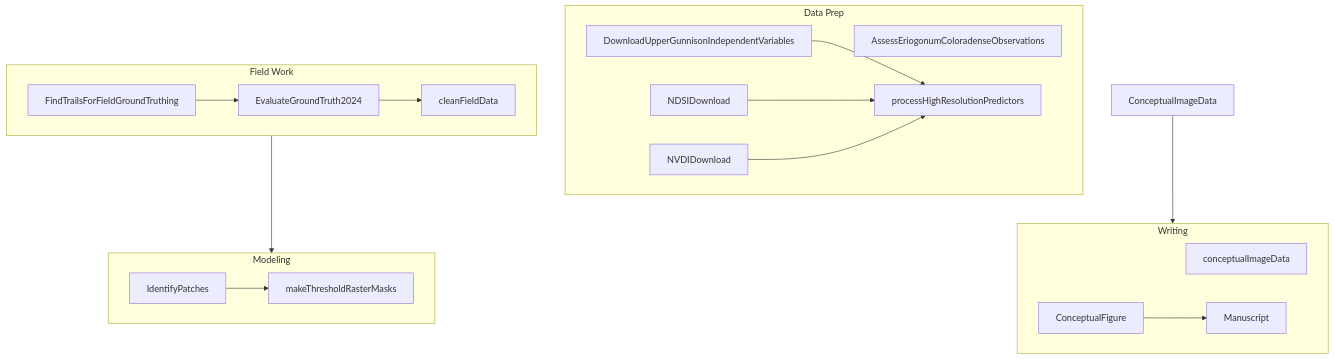
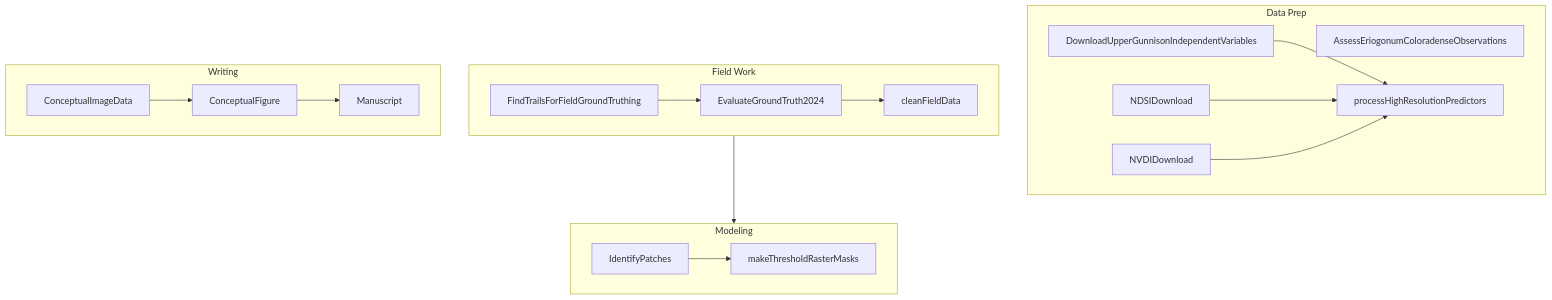
Before and after one commit to sagesteppe/Ecoloradense: the diagram in README.md, drawn with Mermaid. The commit also changed other lines of this file and 2 other files, not shown here.

Commit message:
test colors for subgraphs

````diff
--- a/README.md
+++ b/README.md
@@ -44,47 +44,52 @@
 ```mermaid
-%%{init: {"themeVariables": {"subgraphBorderRadius": "5px"}}}%%
+%%{init: {'theme': 'base', 'themeVariables': {
+    'clusterBkg': '#e0f7fa', /* Light cyan for Data Prep */
+    'clusterBorder': '#00838f', /* Dark cyan border */
+    'clusterTitle': '#004d40', /* Dark teal title text */
+    'clusterText': '#004d40' /* Dark teal text */
+}}}%%
 graph TD
     %% Data Prep Subgraph
     subgraph DataPrep["Data Prep"]
         direction LR
         AssessEriogonumColoradenseObservations
         DownloadUpperGunnisonIndependentVariables
         processHighResolutionPredictors
         NDSIDownload
         NVDIDownload
     end
 
     %% Field Work Subgraph
     subgraph FieldWork["Field Work"]
         direction LR
         FindTrailsForFieldGroundTruthing
         EvaluateGroundTruth2024
         cleanFieldData
     end
 
     %% Modeling Subgraph
     subgraph Modeling["Modeling"]
         direction LR
         IdentifyPatches
         makeThresholdRasterMasks
     end
 
     %% Writing Subgraph
     subgraph Writing["Writing"]
         direction LR
-        conceptualImageData
+        ConceptualImageData
         ConceptualFigure
         Manuscript
     end
 
     %% Connections
     DownloadUpperGunnisonIndependentVariables --> processHighResolutionPredictors
     NDSIDownload --> processHighResolutionPredictors
     NVDIDownload --> processHighResolutionPredictors
     FindTrailsForFieldGroundTruthing --> EvaluateGroundTruth2024
     EvaluateGroundTruth2024 --> cleanFieldData
     cleanFieldData --> IdentifyPatches
     IdentifyPatches --> makeThresholdRasterMasks
     ConceptualImageData --> ConceptualFigure
     ConceptualFigure --> Manuscript
 ```
````
